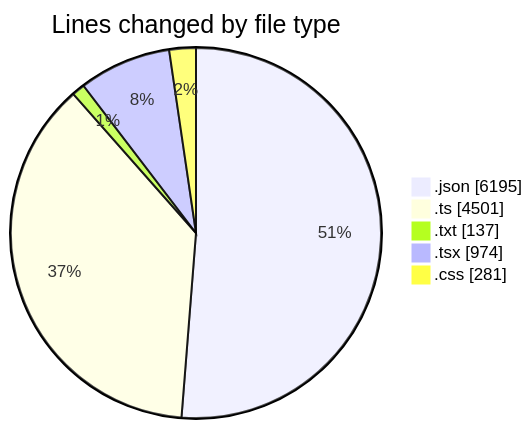
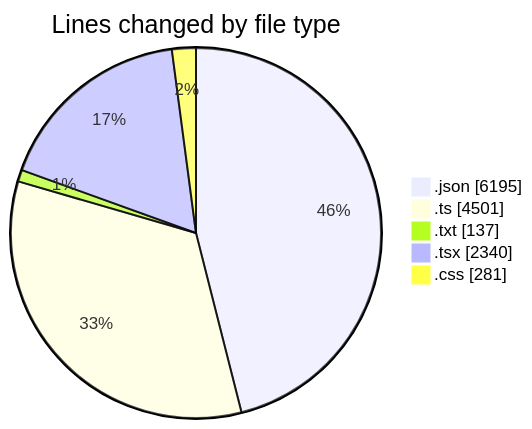
The first of 2 diagrams in 2025-05-27/ecodeli-1/README.md (CELIANVF/code-tracking), drawn with Mermaid before and after one commit. The commit also changed other lines of this file and 1 other file, not shown here.

````diff
--- a/2025-05-27/ecodeli-1/README.md
+++ b/2025-05-27/ecodeli-1/README.md
@@ -32,9 +33,9 @@
 ```mermaid
 pie showData
 title Lines changed by file type
 ".json" : 6195
 ".ts" : 4501
 ".txt" : 137
-".tsx" : 974
+".tsx" : 2340
 ".css" : 281
 ```
````
